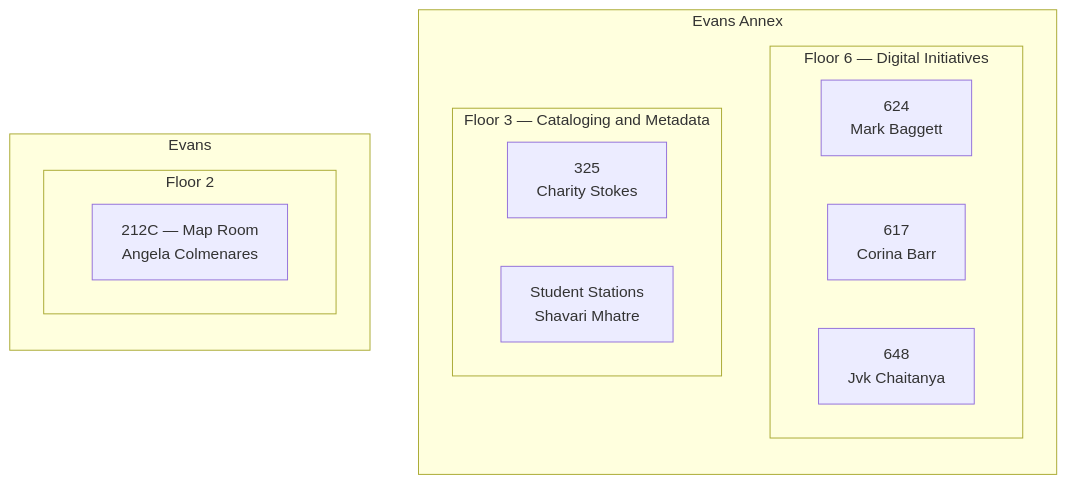
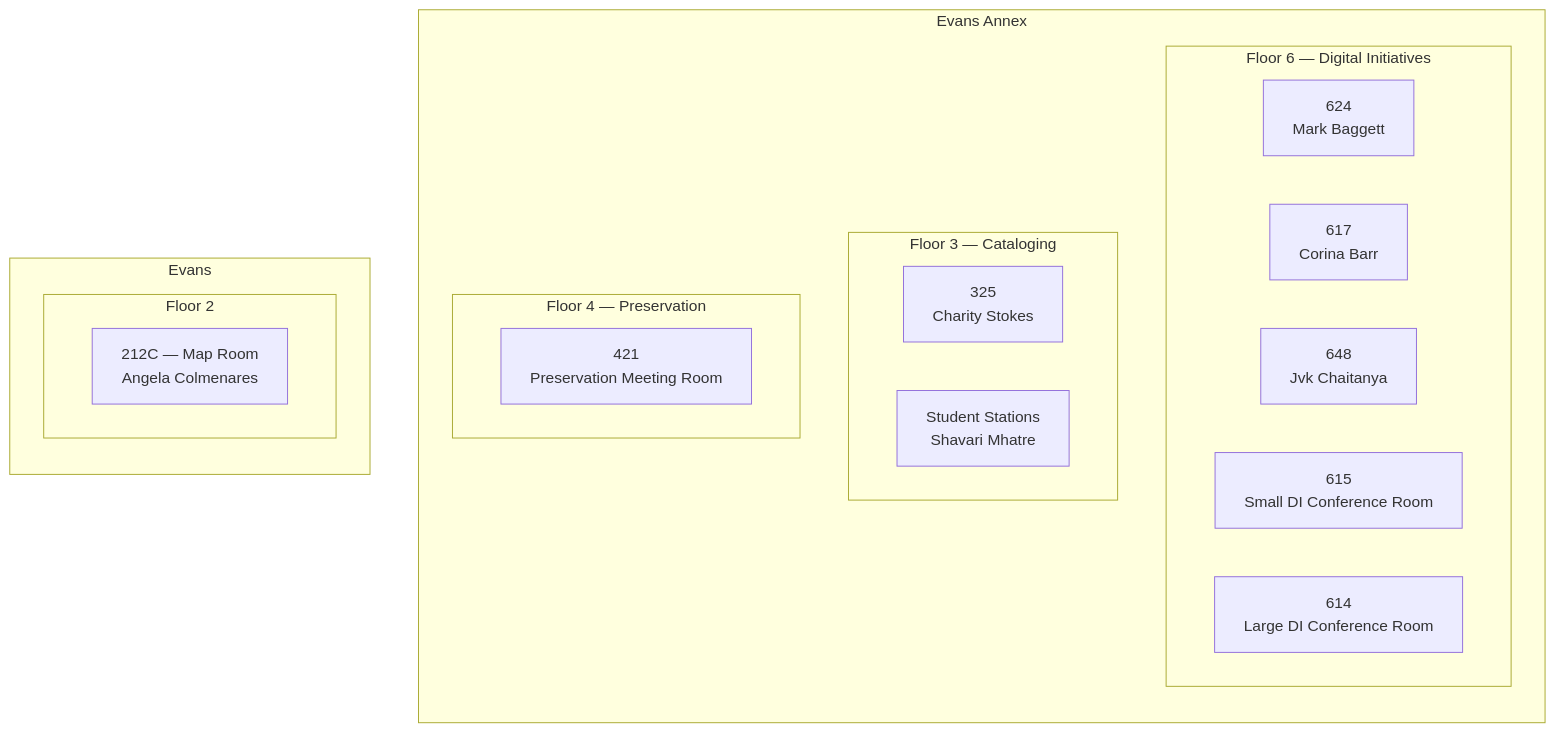
The second of 2 diagrams in docs/source/about/03_people.rst (tamulib-dc-labs/docs), drawn with Mermaid before and after one commit.

Commit message:
Add Floor 4.

```diff
--- a/docs/source/about/03_people.rst
+++ b/docs/source/about/03_people.rst
@@ -61,22 +61,27 @@
 .. mermaid::
 
    flowchart TB
        subgraph EA["Evans Annex"]
            direction TB
            subgraph EA6["Floor 6 — Digital Initiatives"]
                r624["624<br/>Mark Baggett"]
                r617["617<br/>Corina Barr"]
                r648["648<br/>Jvk Chaitanya"]
+               r615["615<br/>Small DI Conference Room"]
+               r614["614<br/>Large DI Conference Room"]
            end
-           subgraph EA3["Floor 3 — Cataloging and Metadata"]
+           subgraph EA3["Floor 3 — Cataloging"]
                r325["325<br/>Charity Stokes"]
                rStu["Student Stations<br/>Shavari Mhatre"]
+           end
+           subgraph EA4["Floor 4 — Preservation"]
+               r["421<br/>Preservation Meeting Room"]
            end
        end
 
        subgraph EV["Evans"]
            direction TB
            subgraph EV2["Floor 2"]
                r212C["212C — Map Room<br/>Angela Colmenares"]
            end
        end
```
